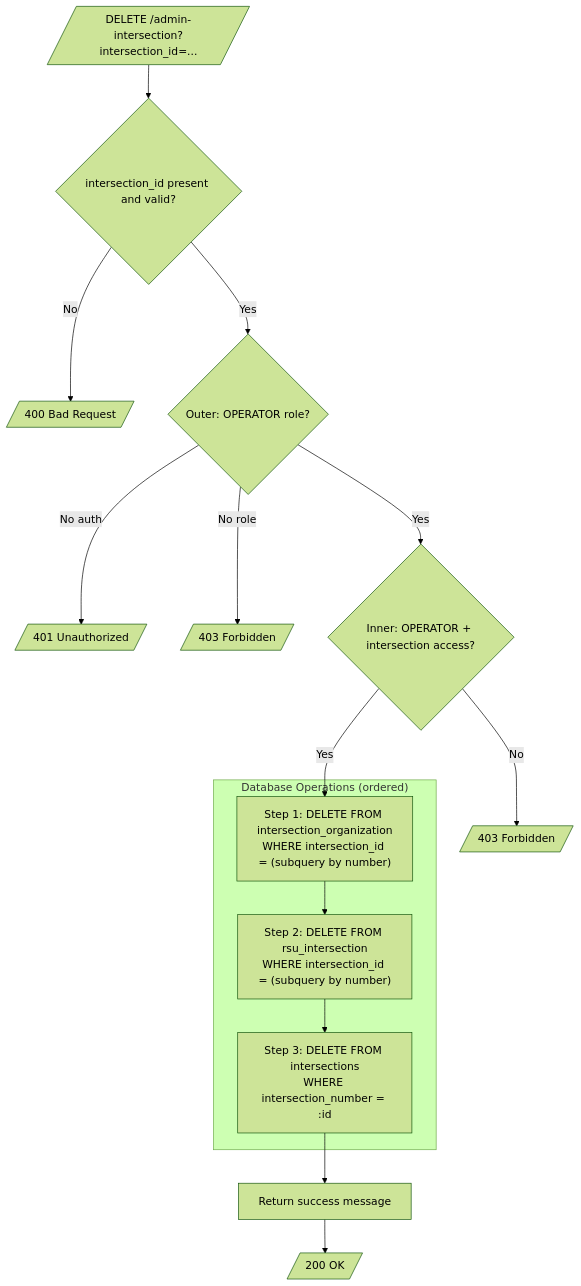
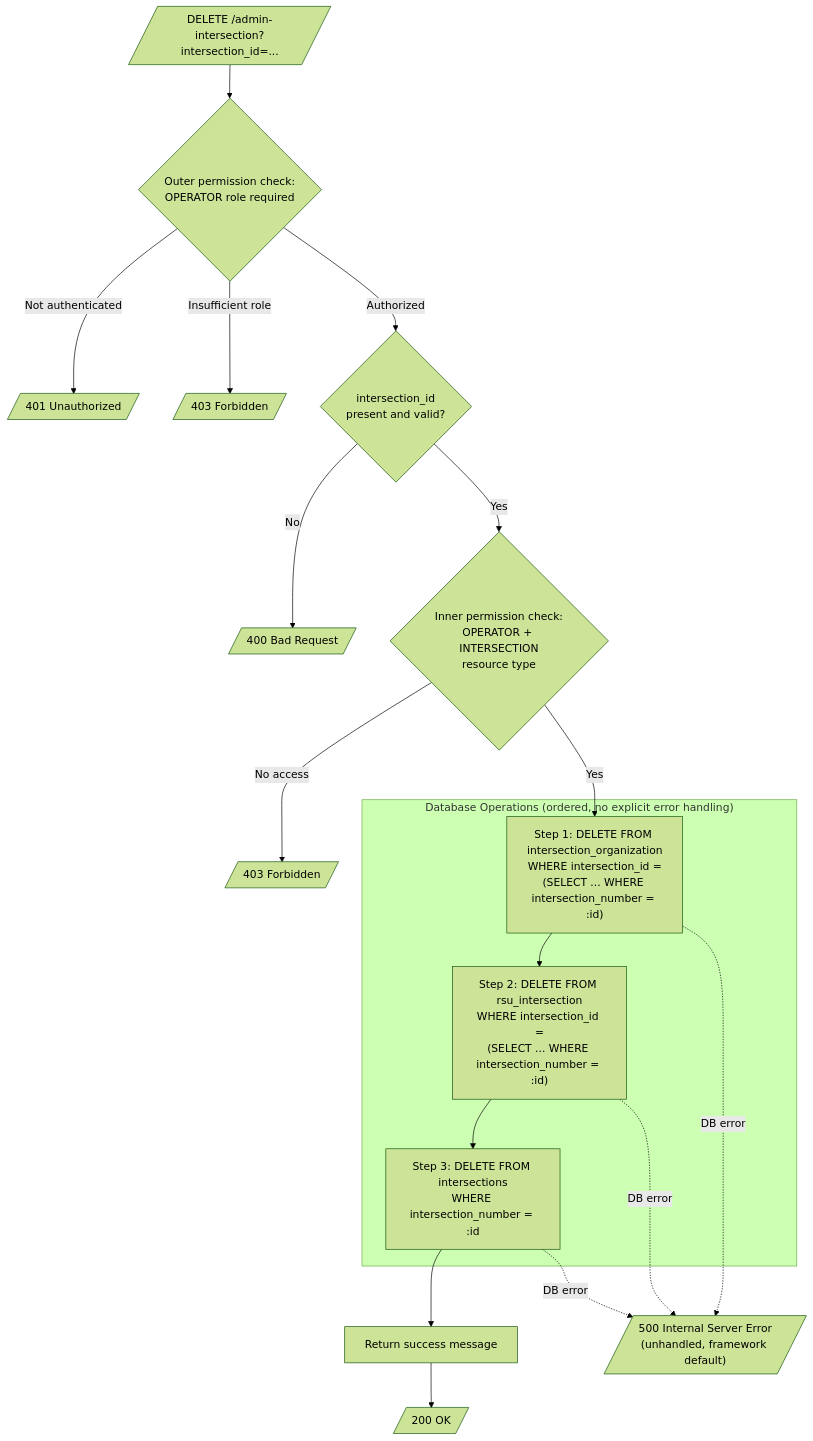
One commit to CDOT-CV/jpo-cvmanager changed the fourth of 4 diagrams in services/api/docs/admin_intersection_migration_spec.md. Above: the diagram before and after it, drawn with Mermaid (forest theme). The commit also changed other lines of this file and 2 other files, not shown here.

````diff
--- a/services/api/docs/admin_intersection_migration_spec.md
+++ b/services/api/docs/admin_intersection_migration_spec.md
@@ -427,21 +490,26 @@
 ```mermaid
 flowchart TD
     A[/"DELETE /admin-intersection?intersection_id=..."/]
-    A --> B{intersection_id present and valid?}
+    A --> AUTH{Outer permission check:\nOPERATOR role required}
+    AUTH -->|Not authenticated| AUTH_401[/"401 Unauthorized"/]
+    AUTH -->|Insufficient role| AUTH_403[/"403 Forbidden"/]
+    AUTH -->|Authorized| B
+    B{intersection_id\npresent and valid?}
     B -->|No| C[/"400 Bad Request"/]
-    B -->|Yes| D{Outer: OPERATOR role?}
-    D -->|No auth| E[/"401 Unauthorized"/]
-    D -->|No role| F[/"403 Forbidden"/]
-    D -->|Yes| G{Inner: OPERATOR + intersection access?}
-    G -->|No| H[/"403 Forbidden"/]
+    B -->|Yes| G
+    G{Inner permission check:\nOPERATOR + INTERSECTION\nresource type}
+    G -->|No access| H[/"403 Forbidden"/]
     G -->|Yes| I
 
-    subgraph ops ["Database Operations (ordered)"]
-        I["Step 1: DELETE FROM intersection_organization\nWHERE intersection_id = (subquery by number)"]
-        I --> J["Step 2: DELETE FROM rsu_intersection\nWHERE intersection_id = (subquery by number)"]
+    subgraph ops ["Database Operations (ordered, no explicit error handling)"]
+        I["Step 1: DELETE FROM intersection_organization\nWHERE intersection_id =\n(SELECT ... WHERE intersection_number = :id)"]
+        I --> J["Step 2: DELETE FROM rsu_intersection\nWHERE intersection_id =\n(SELECT ... WHERE intersection_number = :id)"]
         J --> K["Step 3: DELETE FROM intersections\nWHERE intersection_number = :id"]
     end
 
     K --> L["Return success message"]
     L --> M[/"200 OK"/]
+    I -.->|DB error| ERR[/"500 Internal Server Error\n(unhandled, framework default)"/]
+    J -.->|DB error| ERR
+    K -.->|DB error| ERR
 ```
````
